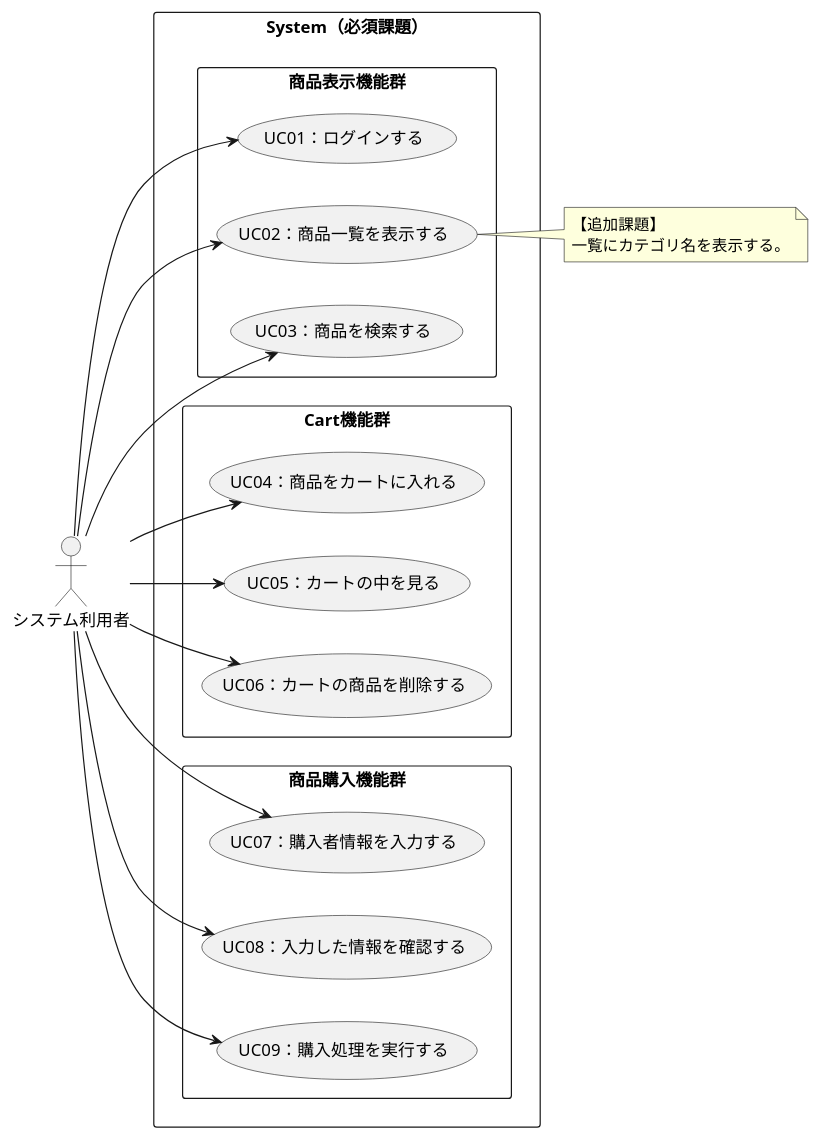
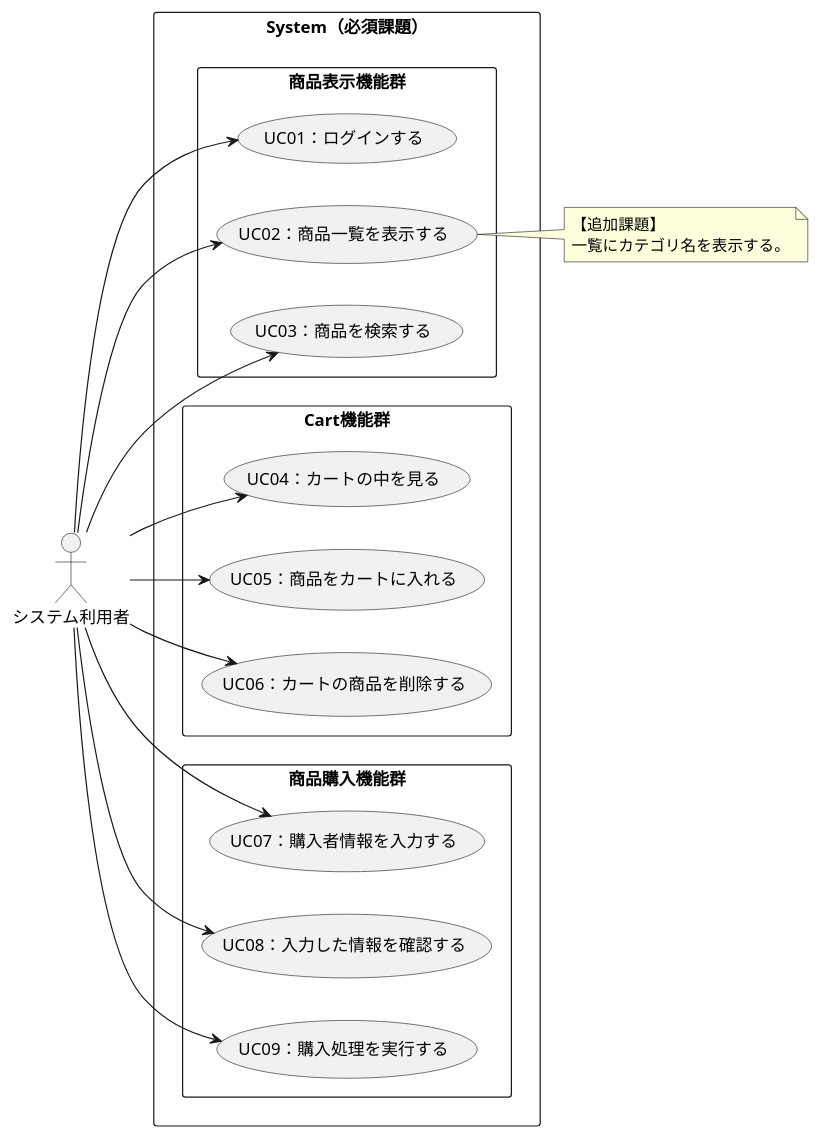
The diagram in docs/uml/use-case.pu (villageworks-tutor/spring-boot-ec), drawn with PlantUML before and after one commit. The commit also changed 9 other files, not shown here.

```diff
--- a/docs/uml/use-case.pu
+++ b/docs/uml/use-case.pu
@@ -1,35 +1,35 @@
 @startuml
 left to right direction
 actor "システム利用者" as usr
 rectangle System（必須課題） {
 	rectangle 商品表示機能群 {
 		usecase "UC01：ログインする" as uc01
 		usecase "UC02：商品一覧を表示する" as uc02
 		usecase "UC03：商品を検索する" as uc03
 	}
 	rectangle Cart機能群 as cart{
-		usecase "UC04：商品をカートに入れる" as uc04
-		usecase "UC05：カートの中を見る" as uc05
+		usecase "UC04：カートの中を見る" as uc04
+		usecase "UC05：商品をカートに入れる" as uc05
 		usecase "UC06：カートの商品を削除する" as uc06
 	}
 	rectangle 商品購入機能群 {
 		usecase "UC07：購入者情報を入力する" as uc07
 		usecase "UC08：入力した情報を確認する" as uc08
 		usecase "UC09：購入処理を実行する" as uc09
 	}
 }
 note right of uc02 {
 	【追加課題】
 	一覧にカテゴリ名を表示する。
 }
 
 usr --> uc01
 usr --> uc02
 usr --> uc03
 usr --> uc04
 usr --> uc05
 usr --> uc06
 usr --> uc07
 usr --> uc08
 usr --> uc09
 @enduml
```
